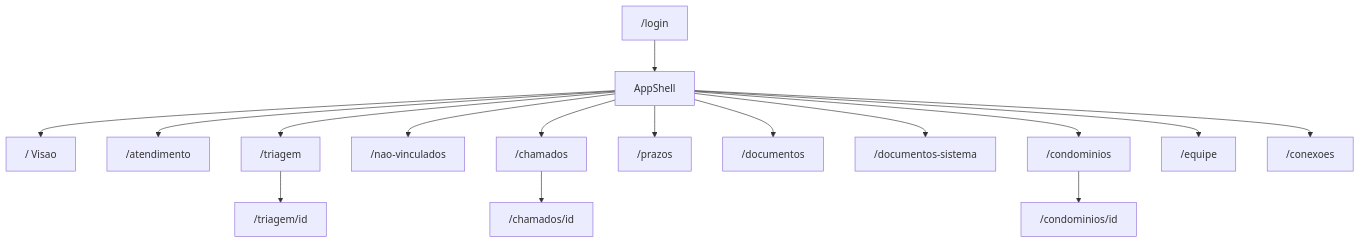
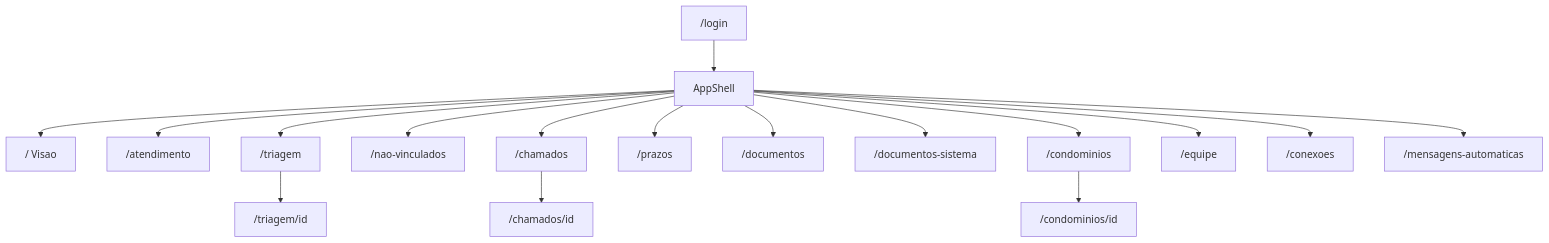
Before and after one commit to Trindadelucas0/PORTAL-JURIDICO-CONDOMINIAL: the diagram in docs/WIREFRAME-TELAS.md, drawn with Mermaid. The commit also changed other lines of this file and 120 other files, not shown here.

````diff
--- a/docs/WIREFRAME-TELAS.md
+++ b/docs/WIREFRAME-TELAS.md
@@ -44,18 +45,19 @@
 ```mermaid
 flowchart TD
   login["/login"] --> shell["AppShell"]
   shell --> visao["/ Visao"]
   shell --> inbox["/atendimento"]
   shell --> triagem["/triagem"]
   triagem --> triagemId["/triagem/id"]
   shell --> naoVinc["/nao-vinculados"]
   shell --> chamados["/chamados"]
   chamados --> chamadoId["/chamados/id"]
   shell --> prazos["/prazos"]
   shell --> docs["/documentos"]
   shell --> sysdocs["/documentos-sistema"]
   shell --> condos["/condominios"]
   condos --> condoId["/condominios/id"]
   shell --> equipe["/equipe"]
   shell --> conexoes["/conexoes"]
+  shell --> autoMsg["/mensagens-automaticas"]
 ```
````
